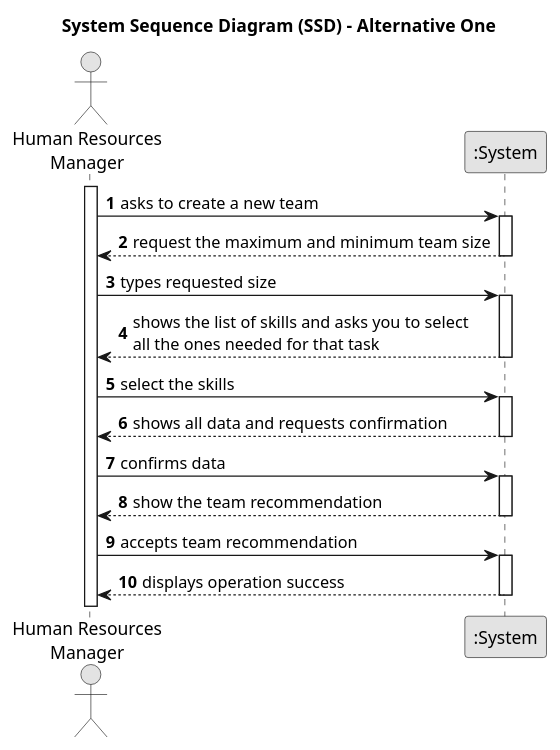
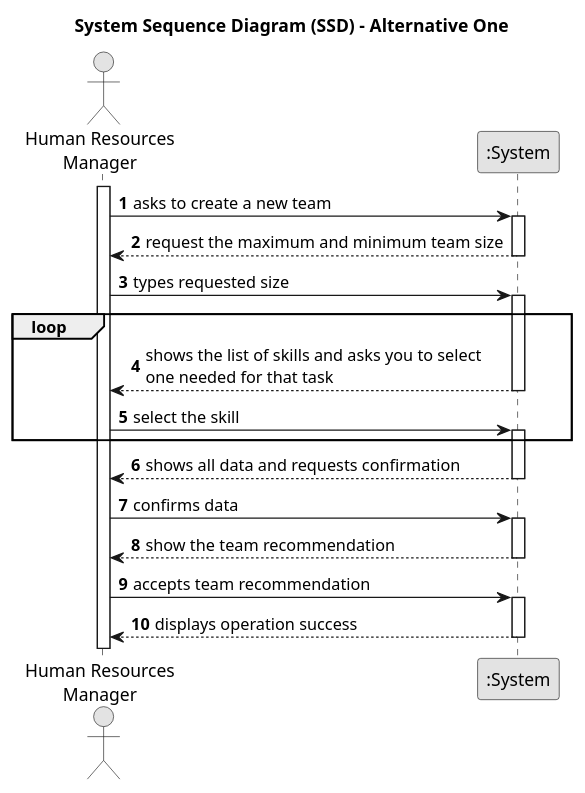
One commit to diogoveirospro/lei-24-s2-1dg-g072 changed the diagram in docs/sprintB/us005/01.requirements-engineering/puml/us005-system-sequence-diagram-alternative-one.puml. Above: the diagram before and after it, drawn with PlantUML. The commit also changed 10 other files, not shown here.

```diff
--- a/docs/sprintB/us005/01.requirements-engineering/puml/us005-system-sequence-diagram-alternative-one.puml
+++ b/docs/sprintB/us005/01.requirements-engineering/puml/us005-system-sequence-diagram-alternative-one.puml
@@ -1,45 +1,45 @@
 @startuml
 skinparam monochrome true
 skinparam packageStyle rectangle
 skinparam shadowing false
 
 title System Sequence Diagram (SSD) - Alternative One
 
 autonumber
 
 actor "Human Resources\nManager" as GRH
 participant ":System" as System
 
 activate GRH
 
     GRH -> System : asks to create a new team
     activate System
 
         System --> GRH : request the maximum and minimum team size
     deactivate System
 
     GRH -> System : types requested size
     activate System
-
-        System --> GRH : shows the list of skills and asks you to select\nall the ones needed for that task
+loop
+        System --> GRH : shows the list of skills and asks you to select\none needed for that task
     deactivate System
 
-    GRH -> System : select the skills
+    GRH -> System : select the skill
     activate System
-
+end
         System --> GRH : shows all data and requests confirmation
     deactivate System
 
     GRH -> System : confirms data
     activate System
 
         System --> GRH : show the team recommendation
     deactivate System
 
     GRH -> System : accepts team recommendation
     activate System
 
         System --> GRH : displays operation success
     deactivate System
 
 @enduml
```
